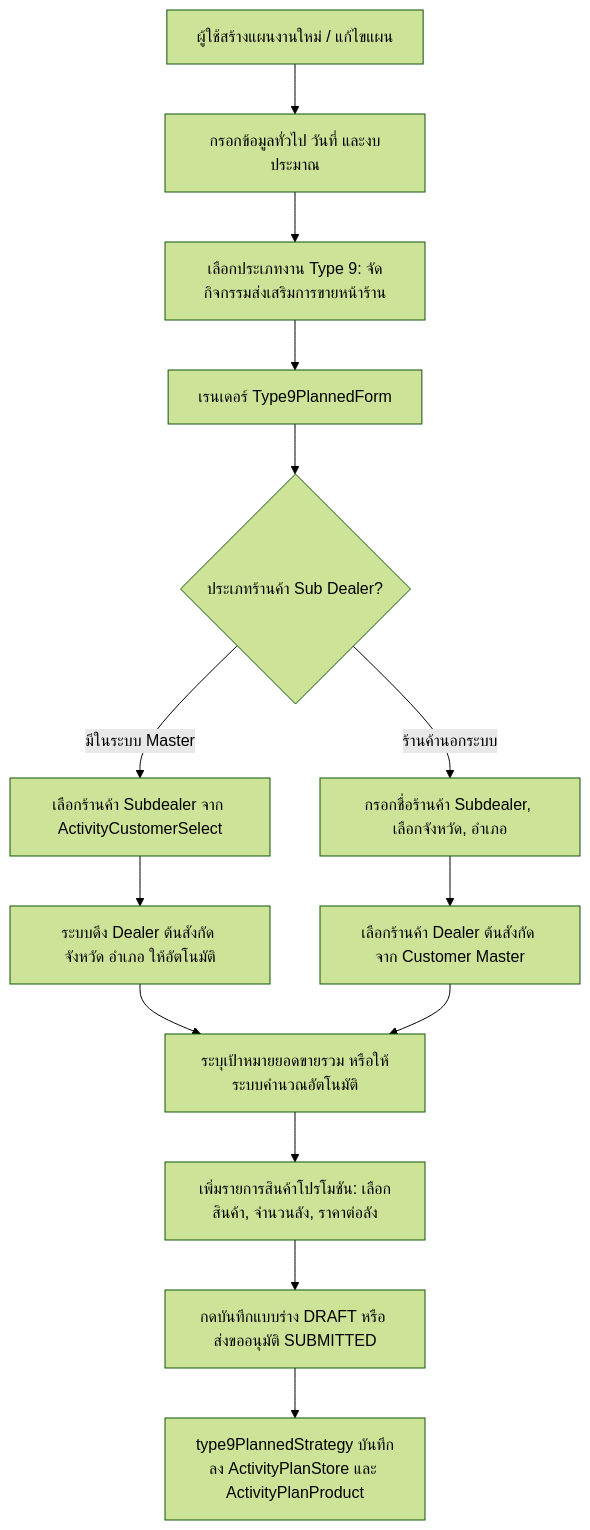
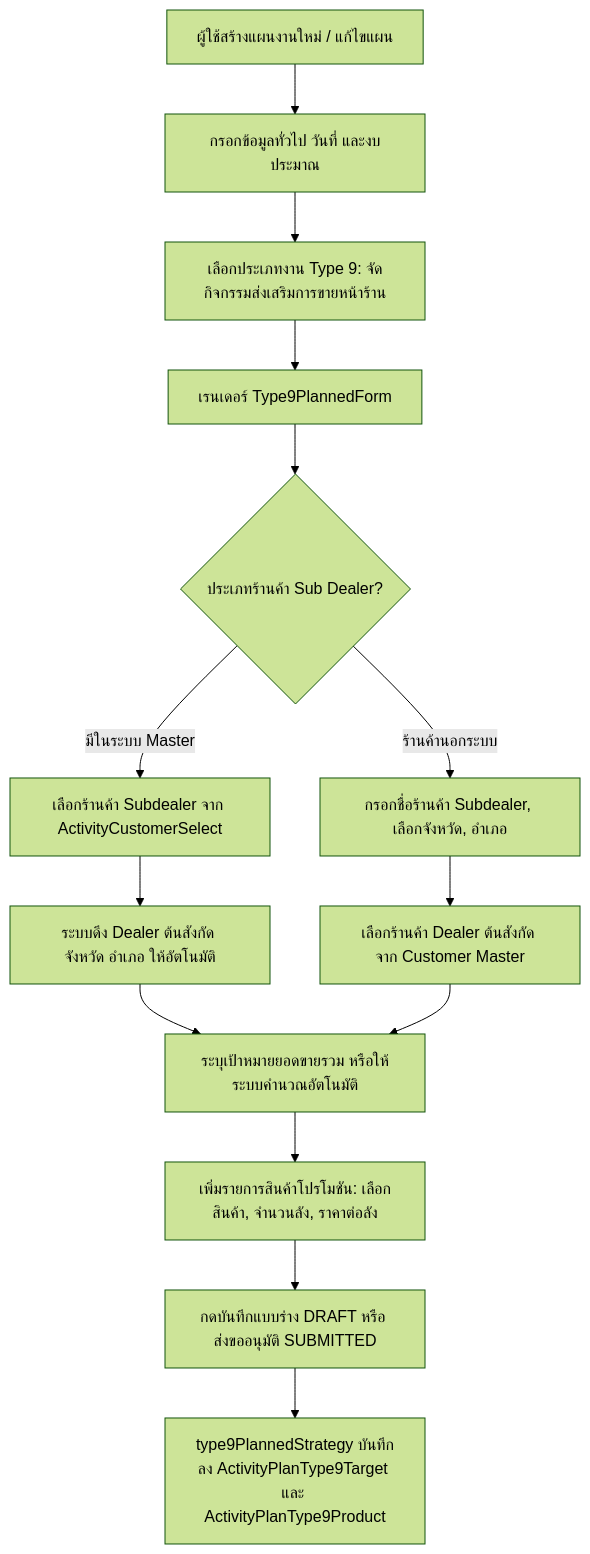
Before and after one commit to bankhk10/crm-bank: the first of 3 diagrams in modules/activity/features/type-9/README.md, drawn with Mermaid (forest theme). The commit also changed other lines of this file and 28 other files, not shown here.

````diff
--- a/modules/activity/features/type-9/README.md
+++ b/modules/activity/features/type-9/README.md
@@ -44,16 +44,16 @@
 ```mermaid
 graph TD
     A[ผู้ใช้สร้างแผนงานใหม่ / แก้ไขแผน] --> B[กรอกข้อมูลทั่วไป วันที่ และงบประมาณ]
     B --> C[เลือกประเภทงาน Type 9: จัดกิจกรรมส่งเสริมการขายหน้าร้าน]
     C --> D[เรนเดอร์ Type9PlannedForm]
     D --> E{ประเภทร้านค้า Sub Dealer?}
     E -->|มีในระบบ Master| F[เลือกร้านค้า Subdealer จาก ActivityCustomerSelect]
     F --> G[ระบบดึง Dealer ต้นสังกัด จังหวัด อำเภอ ให้อัตโนมัติ]
     E -->|ร้านค้านอกระบบ| H[กรอกชื่อร้านค้า Subdealer, เลือกจังหวัด, อำเภอ]
     H --> I[เลือกร้านค้า Dealer ต้นสังกัด จาก Customer Master]
     G --> J[ระบุเป้าหมายยอดขายรวม หรือให้ระบบคำนวณอัตโนมัติ]
     I --> J
     J --> K[เพิ่มรายการสินค้าโปรโมชัน: เลือกสินค้า, จำนวนลัง, ราคาต่อลัง]
     K --> L[กดบันทึกแบบร่าง DRAFT หรือ ส่งขออนุมัติ SUBMITTED]
-    L --> M[type9PlannedStrategy บันทึกลง ActivityPlanStore และ ActivityPlanProduct]
+    L --> M[type9PlannedStrategy บันทึกลง ActivityPlanType9Target และ ActivityPlanType9Product]
 ```
````
